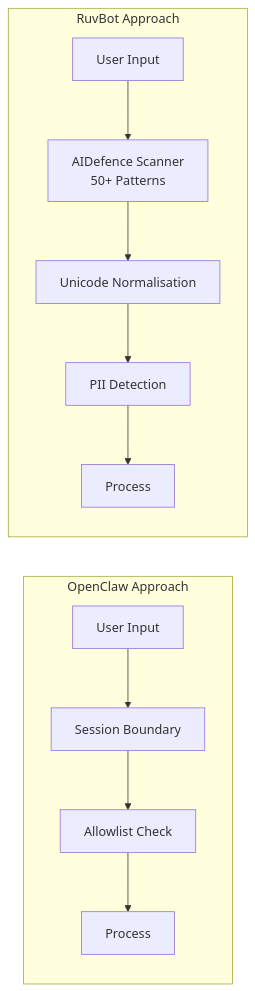
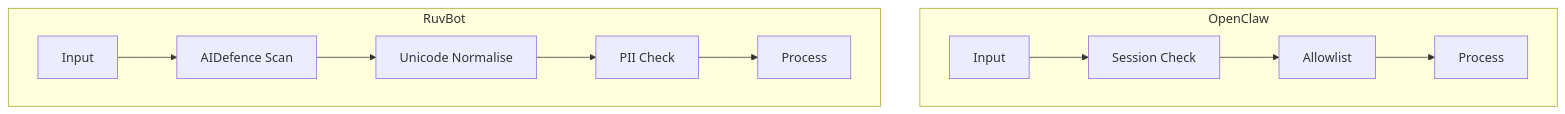
Before and after one commit to mondweep/vibe-cast: the fourth of 4 diagrams in projects/linkedin-ai-agents-evaluation/ARTICLE.md, drawn with Mermaid. The commit also changed other lines of this file, not shown here.

````diff
--- a/projects/linkedin-ai-agents-evaluation/ARTICLE.md
+++ b/projects/linkedin-ai-agents-evaluation/ARTICLE.md
@@ -206,21 +153,10 @@
 ```mermaid
-flowchart LR
-    subgraph "OpenClaw Approach"
-        OC1[User Input]
-        OC2[Session Boundary]
-        OC3[Allowlist Check]
-        OC4[Process]
-
-        OC1 --> OC2 --> OC3 --> OC4
+flowchart TB
+    subgraph OpenClaw
+        OC1[Input] --> OC2[Session Check] --> OC3[Allowlist] --> OC4[Process]
     end
 
-    subgraph "RuvBot Approach"
-        RB1[User Input]
-        RB2[AIDefence Scanner<br/>50+ Patterns]
-        RB3[Unicode Normalisation]
-        RB4[PII Detection]
-        RB5[Process]
-
-        RB1 --> RB2 --> RB3 --> RB4 --> RB5
+    subgraph RuvBot
+        RB1[Input] --> RB2[AIDefence Scan] --> RB3[Unicode Normalise] --> RB4[PII Check] --> RB5[Process]
     end
 ```
````
